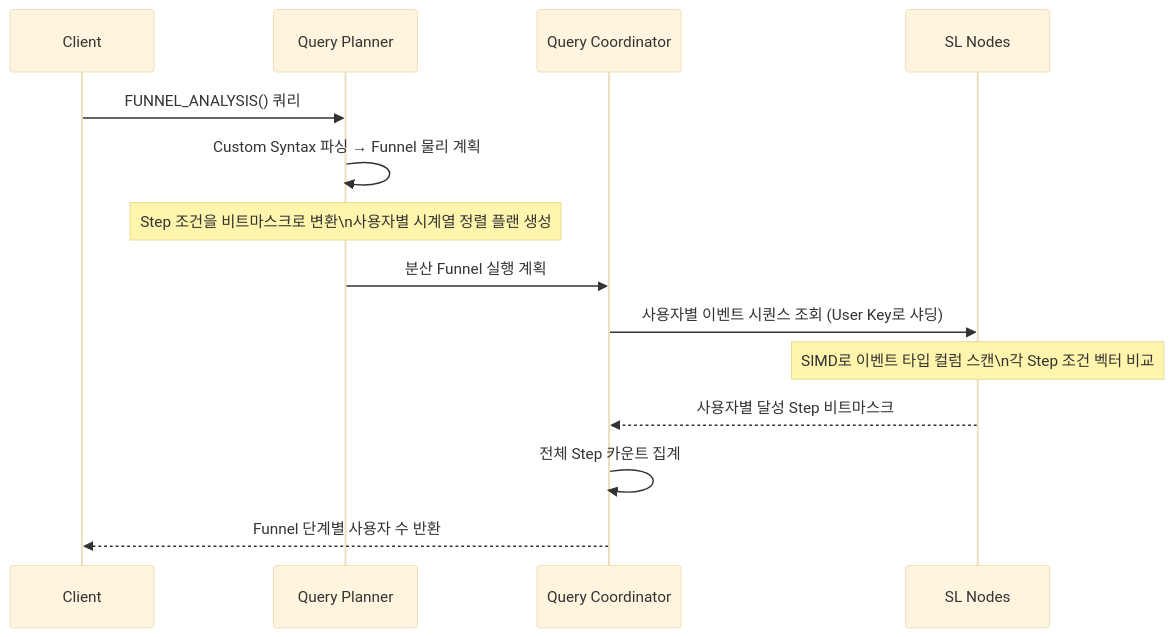
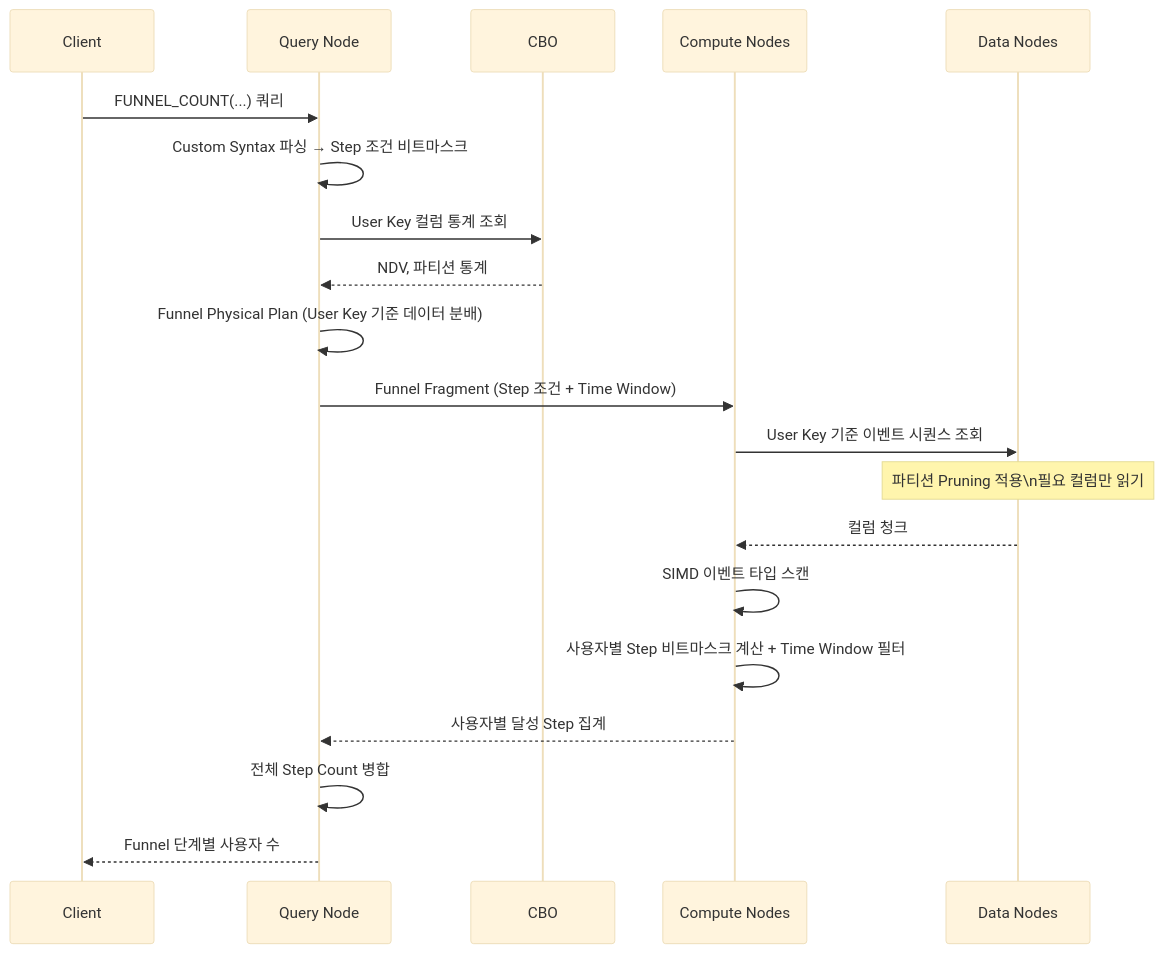
Before and after one commit to moweonlee/wow-db: the sixth of 7 diagrams in specification/srs.md, drawn with Mermaid (base theme). The commit also changed other lines of this file and 30 other files, not shown here.

````diff
--- a/specification/srs.md
+++ b/specification/srs.md
@@ -372,19 +529,23 @@
 ```mermaid
 sequenceDiagram
     participant CL as Client
-    participant QP as Query Planner
-    participant QC as Query Coordinator
-    participant SL as SL Nodes
+    participant QN as Query Node
+    participant CBO as CBO
+    participant CN as Compute Nodes
+    participant DN as Data Nodes
 
-    CL->>QP: FUNNEL_ANALYSIS() 쿼리
-    QP->>QP: Custom Syntax 파싱 → Funnel 물리 계획
-    note over QP: Step 조건을 비트마스크로 변환\n사용자별 시계열 정렬 플랜 생성
-    QP->>QC: 분산 Funnel 실행 계획
-
-    QC->>SL: 사용자별 이벤트 시퀀스 조회 (User Key로 샤딩)
-    note over SL: SIMD로 이벤트 타입 컬럼 스캔\n각 Step 조건 벡터 비교
-    SL-->>QC: 사용자별 달성 Step 비트마스크
-
-    QC->>QC: 전체 Step 카운트 집계
-    QC-->>CL: Funnel 단계별 사용자 수 반환
+    CL->>QN: FUNNEL_COUNT(...) 쿼리
+    QN->>QN: Custom Syntax 파싱 → Step 조건 비트마스크
+    QN->>CBO: User Key 컬럼 통계 조회
+    CBO-->>QN: NDV, 파티션 통계
+    QN->>QN: Funnel Physical Plan (User Key 기준 데이터 분배)
+    QN->>CN: Funnel Fragment (Step 조건 + Time Window)
+    CN->>DN: User Key 기준 이벤트 시퀀스 조회
+    note over DN: 파티션 Pruning 적용\n필요 컬럼만 읽기
+    DN-->>CN: 컬럼 청크
+    CN->>CN: SIMD 이벤트 타입 스캔
+    CN->>CN: 사용자별 Step 비트마스크 계산 + Time Window 필터
+    CN-->>QN: 사용자별 달성 Step 집계
+    QN->>QN: 전체 Step Count 병합
+    QN-->>CL: Funnel 단계별 사용자 수
 ```
````
